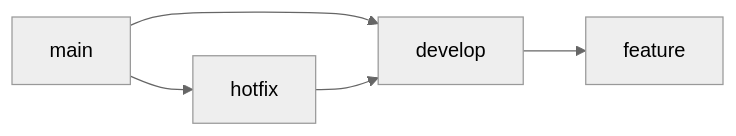
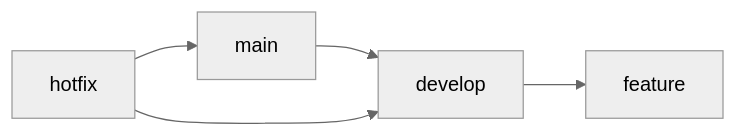
Before and after one commit to Krapfeen/test: the diagram in README.md, drawn with Mermaid (neutral theme).

Commit message:
docs: fix gitflow

````diff
--- a/README.md
+++ b/README.md
@@ -32,7 +32,7 @@
 ```mermaid
 flowchart LR
     main-->develop
-    main-->hotfix
+    hotfix-->main
     hotfix-->develop
     develop-->feature
 ```
````
